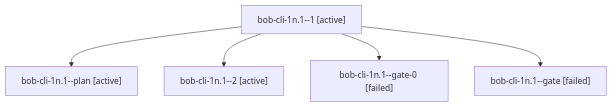
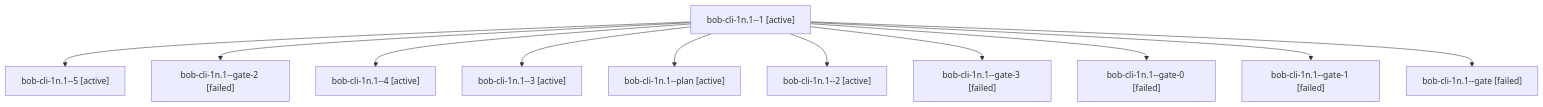
Before and after one commit to bobs-org/bob-cli--agents: the diagram in families/bbugyi200.athena.bob-cli-1n.1.md, drawn with Mermaid. The commit also changed other lines of this file and 61 other files, not shown here.

````diff
--- a/families/bbugyi200.athena.bob-cli-1n.1.md
+++ b/families/bbugyi200.athena.bob-cli-1n.1.md
@@ -9,12 +9,24 @@
 ```mermaid
 flowchart TD
   n0["bob-cli-1n.1--1 [active]"]
-  n1["bob-cli-1n.1--plan [active]"]
+  n1["bob-cli-1n.1--5 [active]"]
   n0 --> n1
-  n2["bob-cli-1n.1--2 [active]"]
+  n2["bob-cli-1n.1--gate-2 [failed]"]
   n0 --> n2
-  n3["bob-cli-1n.1--gate-0 [failed]"]
+  n3["bob-cli-1n.1--4 [active]"]
   n0 --> n3
-  n4["bob-cli-1n.1--gate [failed]"]
+  n4["bob-cli-1n.1--3 [active]"]
   n0 --> n4
+  n5["bob-cli-1n.1--plan [active]"]
+  n0 --> n5
+  n6["bob-cli-1n.1--2 [active]"]
+  n0 --> n6
+  n7["bob-cli-1n.1--gate-3 [failed]"]
+  n0 --> n7
+  n8["bob-cli-1n.1--gate-0 [failed]"]
+  n0 --> n8
+  n9["bob-cli-1n.1--gate-1 [failed]"]
+  n0 --> n9
+  n10["bob-cli-1n.1--gate [failed]"]
+  n0 --> n10
 ```
````
